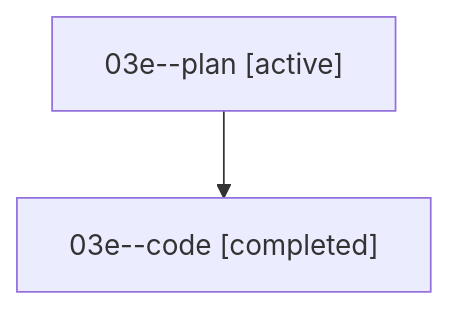
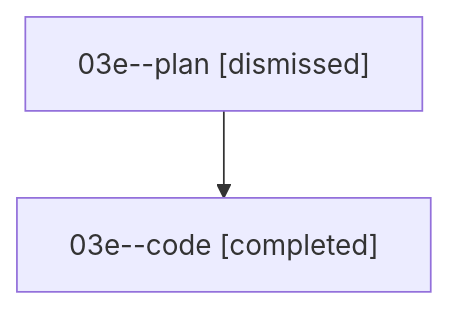
The diagram in sessions/bbugyi200.athena.03e.md (sase-org/sase--agents), drawn with Mermaid before and after one commit. The commit also changed other lines of this file and 34 other files, not shown here.

````diff
--- a/sessions/bbugyi200.athena.03e.md
+++ b/sessions/bbugyi200.athena.03e.md
@@ -9,6 +9,6 @@
 ```mermaid
 flowchart TD
-  n0["03e--plan [active]"]
+  n0["03e--plan [dismissed]"]
   n1["03e--code [completed]"]
   n0 --> n1
 ```
````
